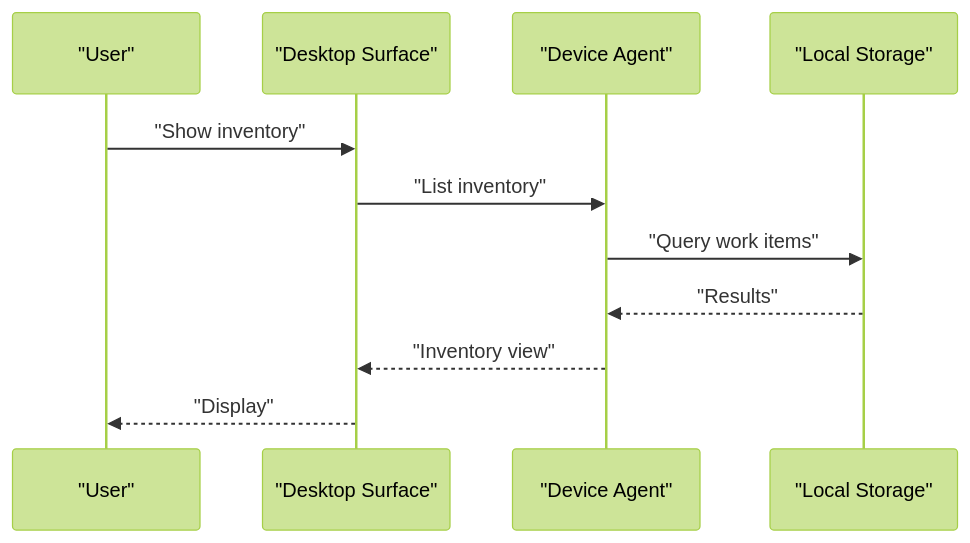
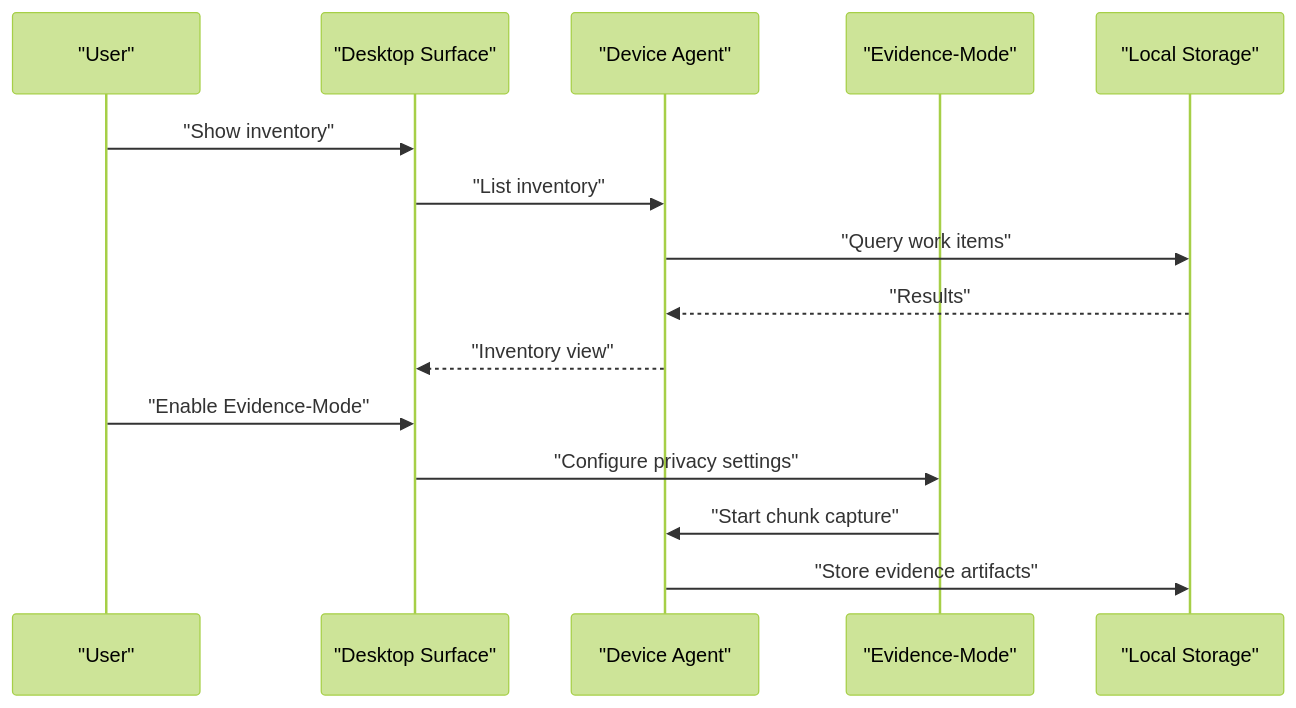
Before and after one commit to asukhodko/timeskein: the third of 5 diagrams in .qoder/repowiki/en/content/Project Overview/Project Overview.md, drawn with Mermaid (forest theme). The commit also changed other lines of this file and 6 other files, not shown here.

First line of the commit message:
docs(adr): add ADR-0003 Evidence-Mode Opt-in architecture decision

````diff
--- a/.qoder/repowiki/en/content/Project Overview/Project Overview.md
+++ b/.qoder/repowiki/en/content/Project Overview/Project Overview.md
@@ -264,13 +327,17 @@
 ```mermaid
 sequenceDiagram
 participant User as "User"
 participant UI as "Desktop Surface"
 participant Agent as "Device Agent"
+participant Evidence as "Evidence-Mode"
 participant DB as "Local Storage"
 User->>UI : "Show inventory"
 UI->>Agent : "List inventory"
 Agent->>DB : "Query work items"
 DB-->>Agent : "Results"
 Agent-->>UI : "Inventory view"
-UI-->>User : "Display"
+User->>UI : "Enable Evidence-Mode"
+UI->>Evidence : "Configure privacy settings"
+Evidence->>Agent : "Start chunk capture"
+Agent->>DB : "Store evidence artifacts"
 ```
````
